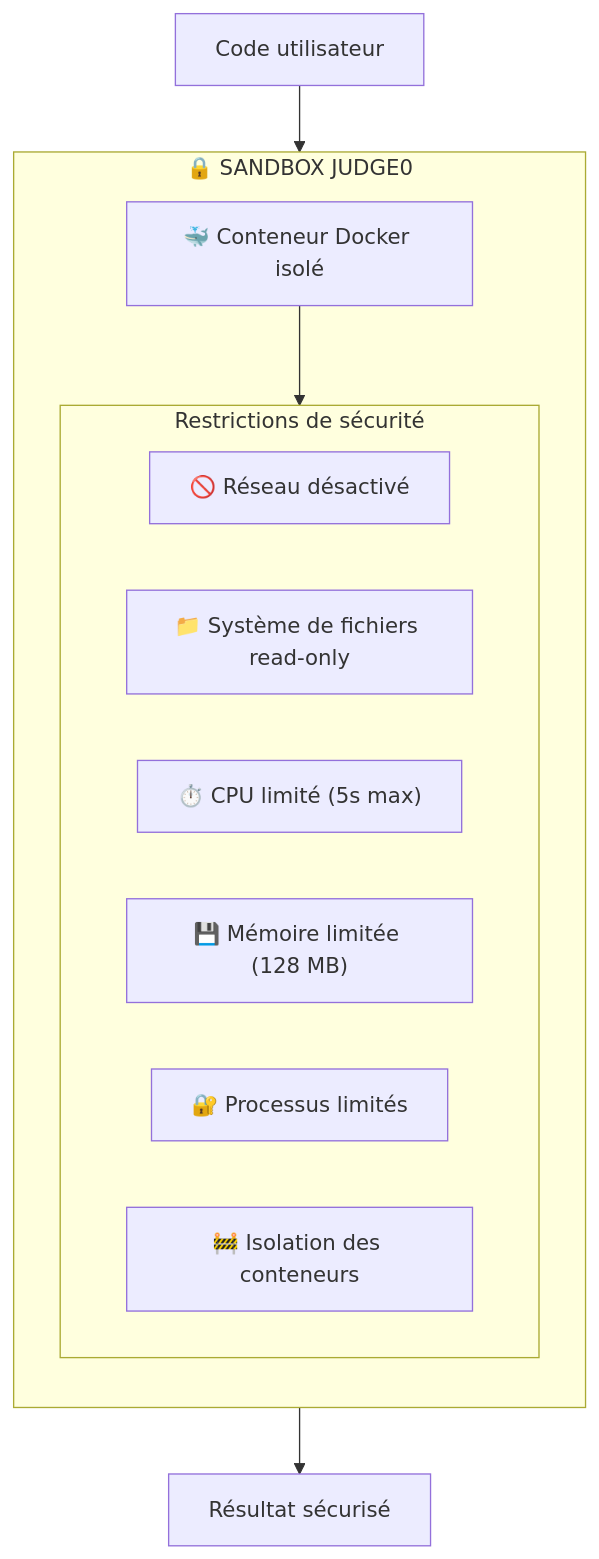
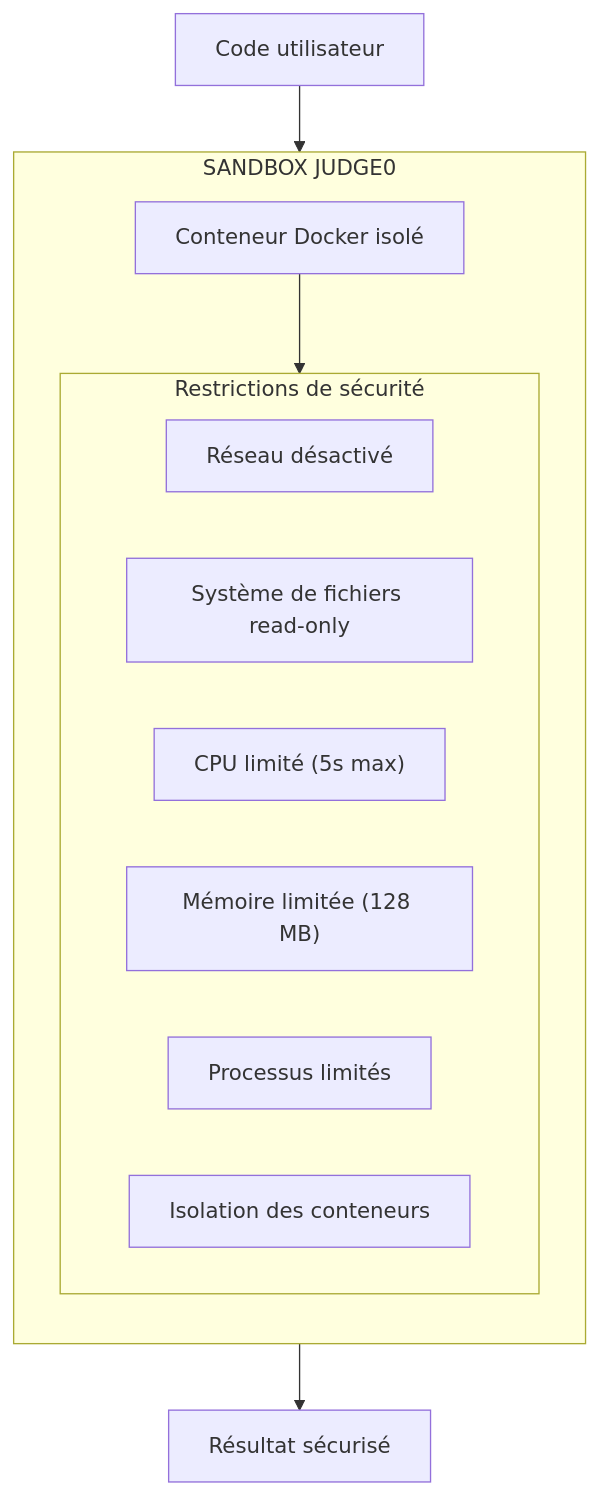
Before and after one commit to Xefreh/mine-adventure: the diagram in report/08-securite.md, drawn with Mermaid. The commit also changed other lines of this file and 11 other files, not shown here.

````diff
--- a/report/08-securite.md
+++ b/report/08-securite.md
@@ -205,21 +205,21 @@
 ```mermaid
 flowchart TB
-    subgraph Judge0["🔒 SANDBOX JUDGE0"]
+    subgraph Judge0["SANDBOX JUDGE0"]
         direction TB
-        DC["🐳 Conteneur Docker isolé"]
+        DC["Conteneur Docker isolé"]
 
         subgraph Restrictions["Restrictions de sécurité"]
-            R1["🚫 Réseau désactivé"]
-            R2["📁 Système de fichiers read-only"]
-            R3["⏱️ CPU limité (5s max)"]
-            R4["💾 Mémoire limitée (128 MB)"]
-            R5["🔐 Processus limités"]
-            R6["🚧 Isolation des conteneurs"]
+            R1["Réseau désactivé"]
+            R2["Système de fichiers read-only"]
+            R3["CPU limité (5s max)"]
+            R4["Mémoire limitée (128 MB)"]
+            R5["Processus limités"]
+            R6["Isolation des conteneurs"]
         end
 
         DC --> Restrictions
     end
 
     UserCode["Code utilisateur"] --> Judge0
     Judge0 --> Result["Résultat sécurisé"]
 ```
````
